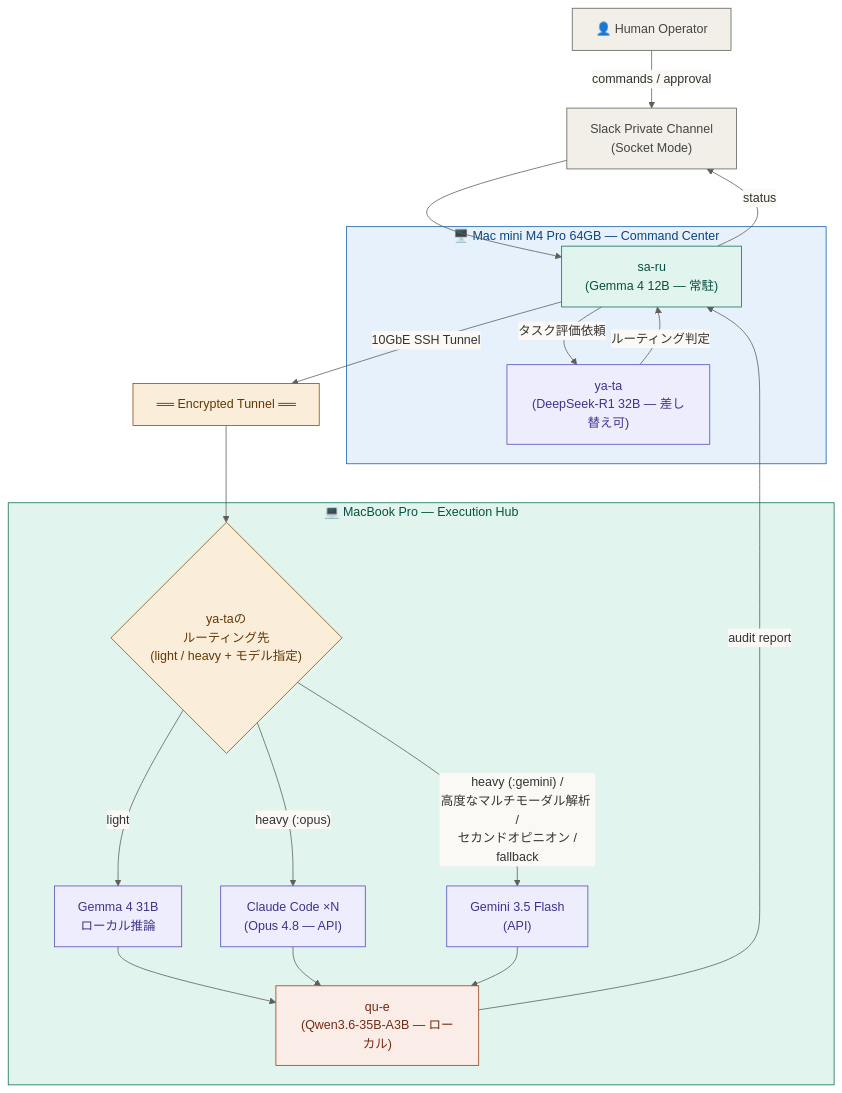
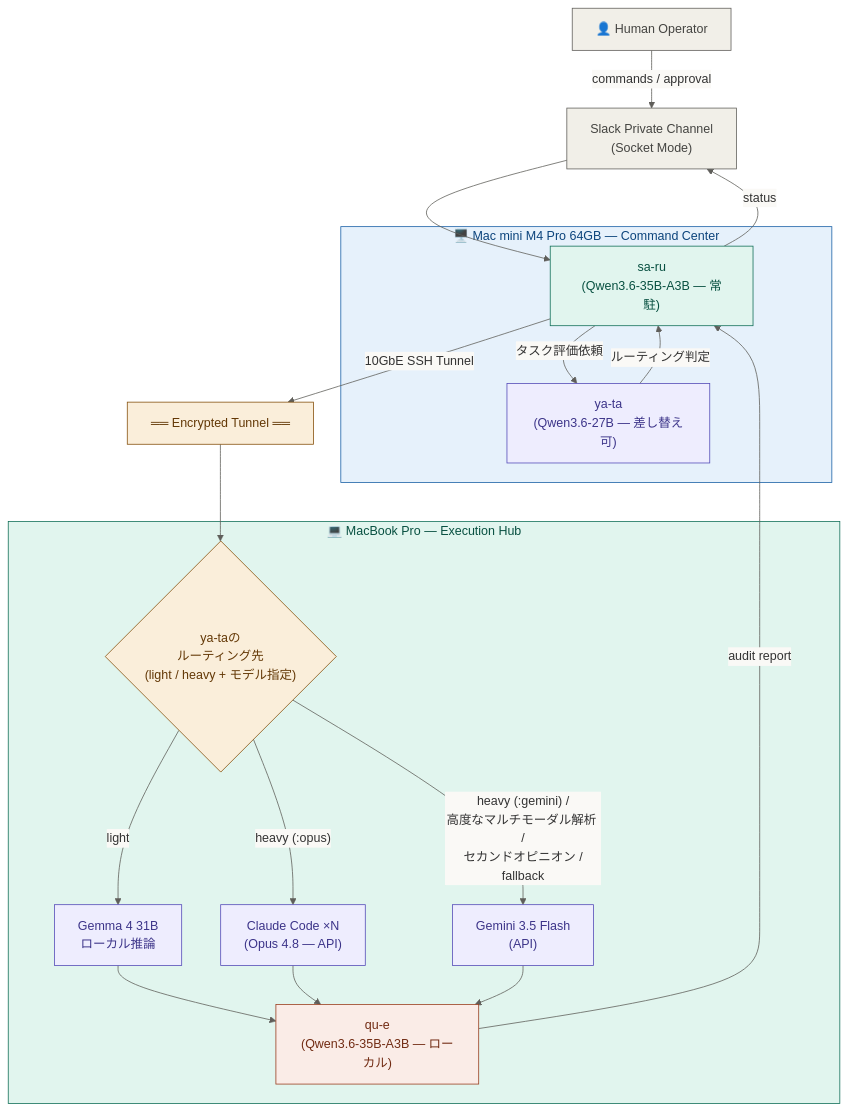
The first of 4 diagrams in docs/design/design-development-system.md (denkaishitsu/taka-ma), drawn with Mermaid before and after one commit. The commit also changed other lines of this file and 40 other files, not shown here.

````diff
--- a/docs/design/design-development-system.md
+++ b/docs/design/design-development-system.md
@@ -110,49 +111,49 @@
 ```mermaid
 %%{init: {'theme':'base', 'themeVariables': {'background':'#FAF9F6','lineColor':'#5F5E5A','edgeLabelBackground':'#FAF9F6'}}}%%
 flowchart TD
     HUMAN["👤 Human Operator"]
     HUMAN -->|"commands / approval"| SLACK
 
     SLACK["Slack Private Channel\n(Socket Mode)"]
     SLACK --> OC
 
     subgraph MINI["🖥️ Mac mini M4 Pro 64GB — Command Center"]
-        OC["sa-ru\n(Gemma 4 12B — 常駐)"]
+        OC["sa-ru\n(Qwen3.6-35B-A3B — 常駐)"]
         OC -->|"タスク評価依頼"| GW
-        GW["ya-ta\n(DeepSeek-R1 32B — 差し替え可)"]
+        GW["ya-ta\n(Qwen3.6-27B — 差し替え可)"]
         GW -->|"ルーティング判定"| OC
     end
 
     OC -->|"10GbE SSH Tunnel"| TUNNEL["══ Encrypted Tunnel ══"]
 
     TUNNEL --> ROUTER
 
     subgraph MBP["💻 MacBook Pro — Execution Hub"]
         ROUTER{"ya-taの\nルーティング先\n(light / heavy + モデル指定)"}
         ROUTER -->|"light"| LLAMA["Gemma 4 31B<br>ローカル推論"]
         ROUTER -->|"heavy (:opus)"| CC["Claude Code ×N<br>(Opus 4.8 — API)"]
         ROUTER -->|"heavy (:gemini) /<br>高度なマルチモーダル解析 /<br>セカンドオピニオン /<br>fallback"| GEMINI["Gemini 3.5 Flash<br>(API)"]
 
         LLAMA --> SENT
         CC --> SENT
         GEMINI --> SENT
 
         SENT["qu-e<br>(Qwen3.6-35B-A3B — ローカル)"]
     end
 
     SENT -->|"audit report"| OC
     OC -->|"status"| SLACK
 
     style HUMAN fill:#F1EFE8,stroke:#5F5E5A,color:#444441
     style SLACK fill:#F1EFE8,stroke:#5F5E5A,color:#444441
     style MINI fill:#E6F1FB,stroke:#185FA5,color:#0C447C
     style OC fill:#E1F5EE,stroke:#0F6E56,color:#085041
     style GW fill:#EEEDFE,stroke:#534AB7,color:#3C3489
     style TUNNEL fill:#FAEEDA,stroke:#854F0B,color:#633806
     style MBP fill:#E1F5EE,stroke:#0F6E56,color:#085041
     style ROUTER fill:#FAEEDA,stroke:#854F0B,color:#633806
     style LLAMA fill:#EEEDFE,stroke:#534AB7,color:#3C3489
     style CC fill:#EEEDFE,stroke:#534AB7,color:#3C3489
     style GEMINI fill:#EEEDFE,stroke:#534AB7,color:#3C3489
     style SENT fill:#FAECE7,stroke:#993C1D,color:#712B13
 ```
````
